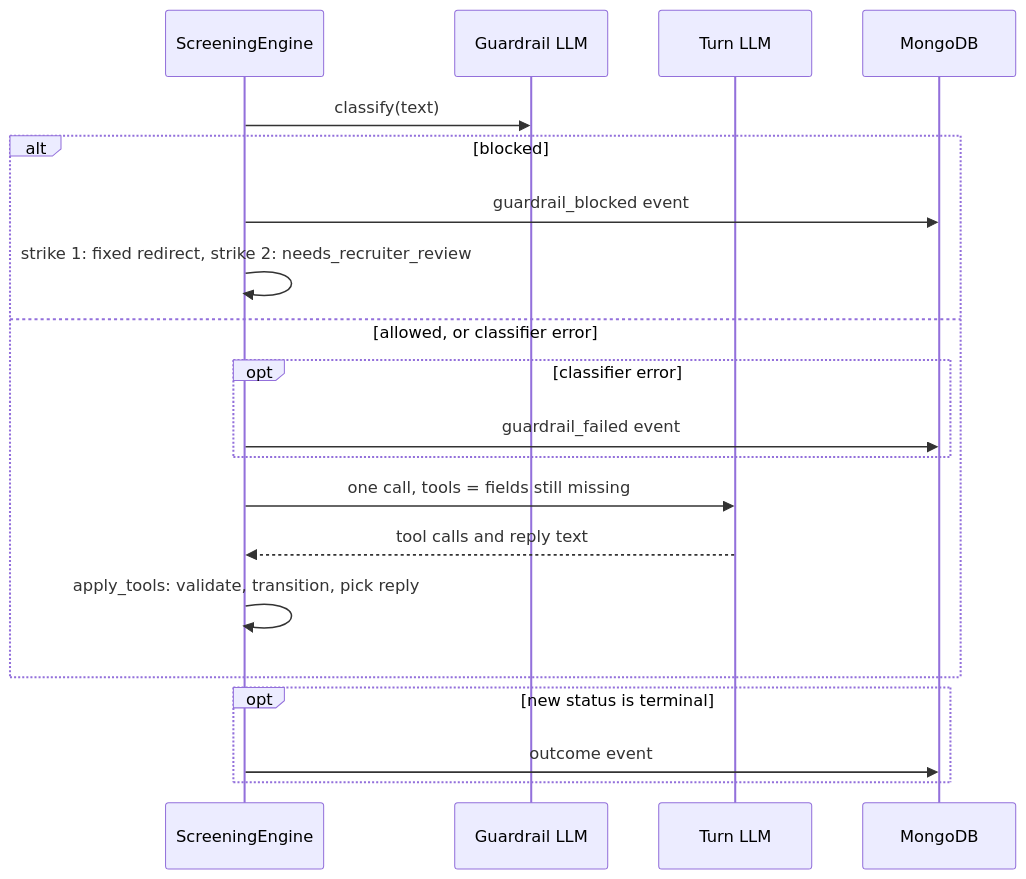
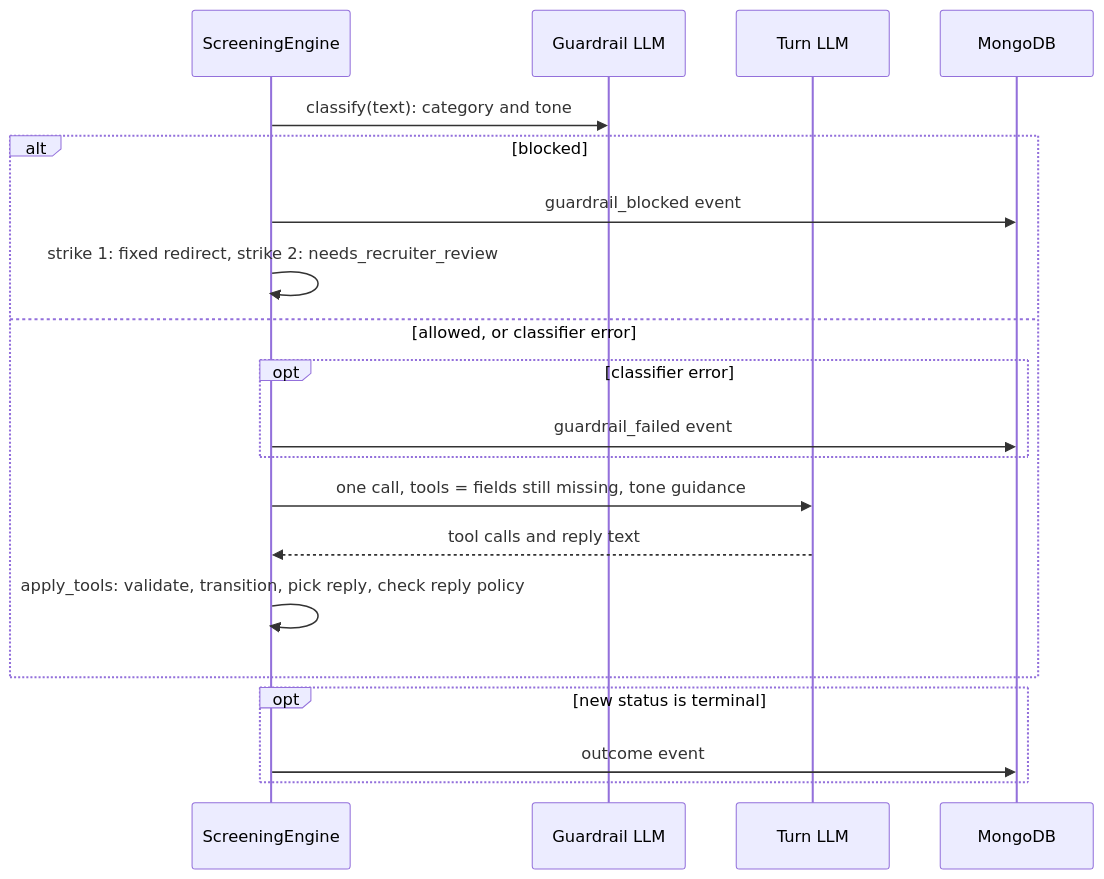
One commit to bumblB33/grupo-sazon-recruiting changed the fourth of 5 diagrams in README.md. Above: the diagram before and after it, drawn with Mermaid. The commit also changed other lines of this file and 3 other files, not shown here.

````diff
--- a/README.md
+++ b/README.md
@@ -315,23 +321,23 @@
 ```mermaid
 sequenceDiagram
     participant E as ScreeningEngine
     participant G as Guardrail LLM
     participant L as Turn LLM
     participant M as MongoDB
 
-    E->>G: classify(text)
+    E->>G: classify(text): category and tone
     alt blocked
         E->>M: guardrail_blocked event
         E->>E: strike 1: fixed redirect, strike 2: needs_recruiter_review
     else allowed, or classifier error
         opt classifier error
             E->>M: guardrail_failed event
         end
-        E->>L: one call, tools = fields still missing
+        E->>L: one call, tools = fields still missing, tone guidance
         L-->>E: tool calls and reply text
-        E->>E: apply_tools: validate, transition, pick reply
+        E->>E: apply_tools: validate, transition, pick reply, check reply policy
     end
     opt new status is terminal
         E->>M: outcome event
     end
 ```
````
